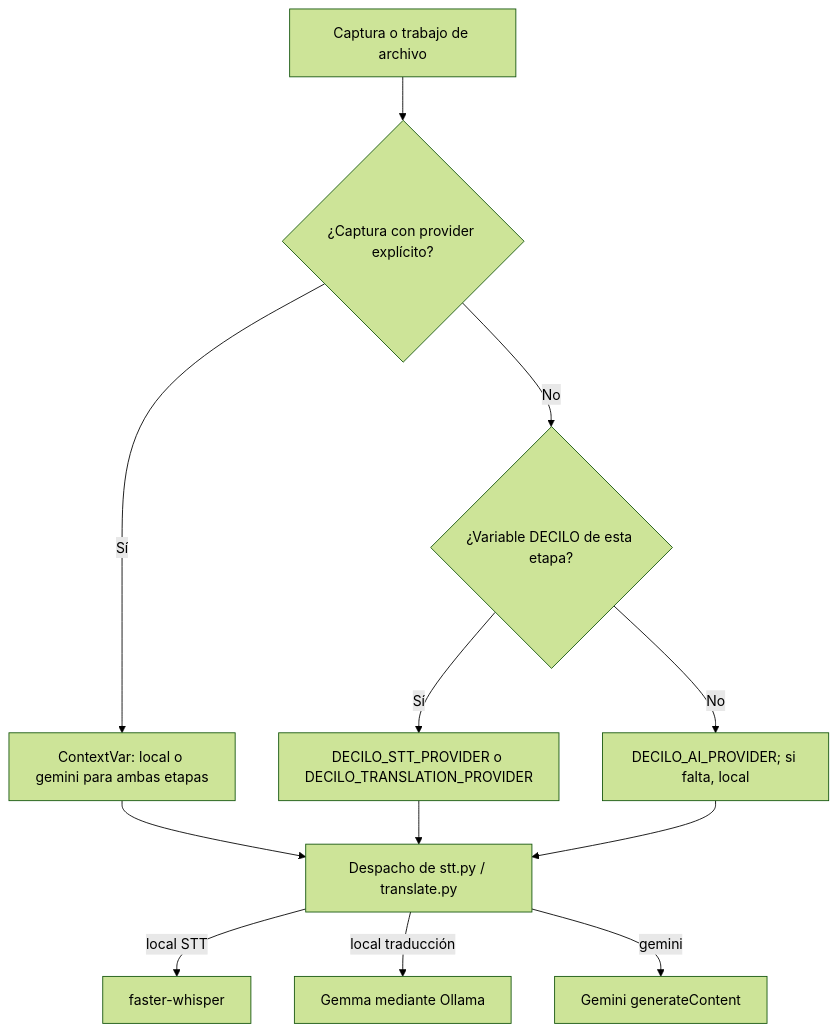
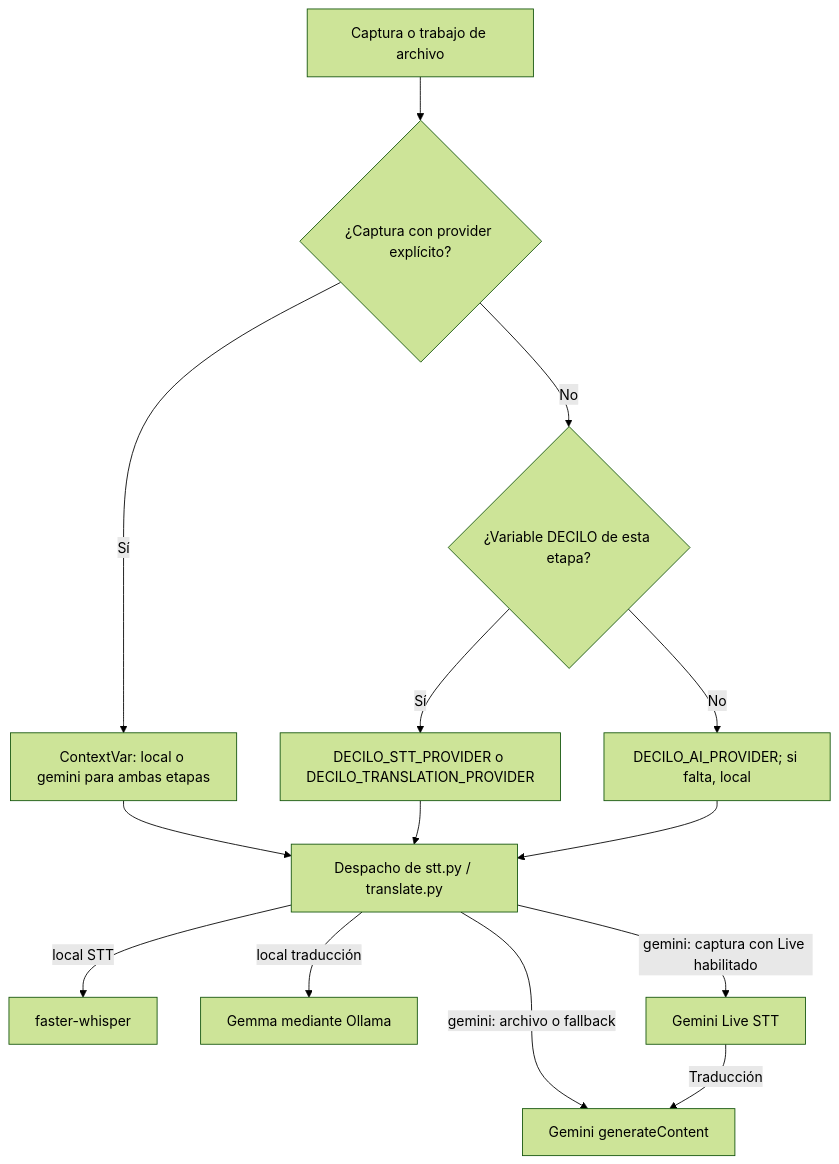
The seventh of 19 diagrams in docs/ARQUITECTURA.md (dnluc/decilo), drawn with Mermaid (forest theme) before and after one commit. The commit also changed other lines of this file and 53 other files, not shown here.

Commit message:
docs: sincronizar guias y arquitectura con Gemini Live y ASR incremental

````diff
--- a/docs/ARQUITECTURA.md
+++ b/docs/ARQUITECTURA.md
@@ -342,14 +375,16 @@
 ```mermaid
 flowchart TD
     Request["Captura o trabajo de archivo"] --> Explicit{"¿Captura con provider explícito?"}
     Explicit -->|Sí| Session["ContextVar: local o gemini para ambas etapas"]
     Explicit -->|No| Stage{"¿Variable DECILO de esta etapa?"}
     Stage -->|Sí| StageValue["DECILO_STT_PROVIDER o DECILO_TRANSLATION_PROVIDER"]
     Stage -->|No| Global["DECILO_AI_PROVIDER; si falta, local"]
     Session --> Dispatch["Despacho de stt.py / translate.py"]
     StageValue --> Dispatch
     Global --> Dispatch
     Dispatch -->|local STT| Whisper["faster-whisper"]
     Dispatch -->|local traducción| Ollama["Gemma mediante Ollama"]
-    Dispatch -->|gemini| Cloud["Gemini generateContent"]
+    Dispatch -->|"gemini: archivo o fallback"| Cloud["Gemini generateContent"]
+    Dispatch -->|"gemini: captura con Live habilitado"| Live["Gemini Live STT"]
+    Live -->|"Traducción"| Cloud
 ```
````
